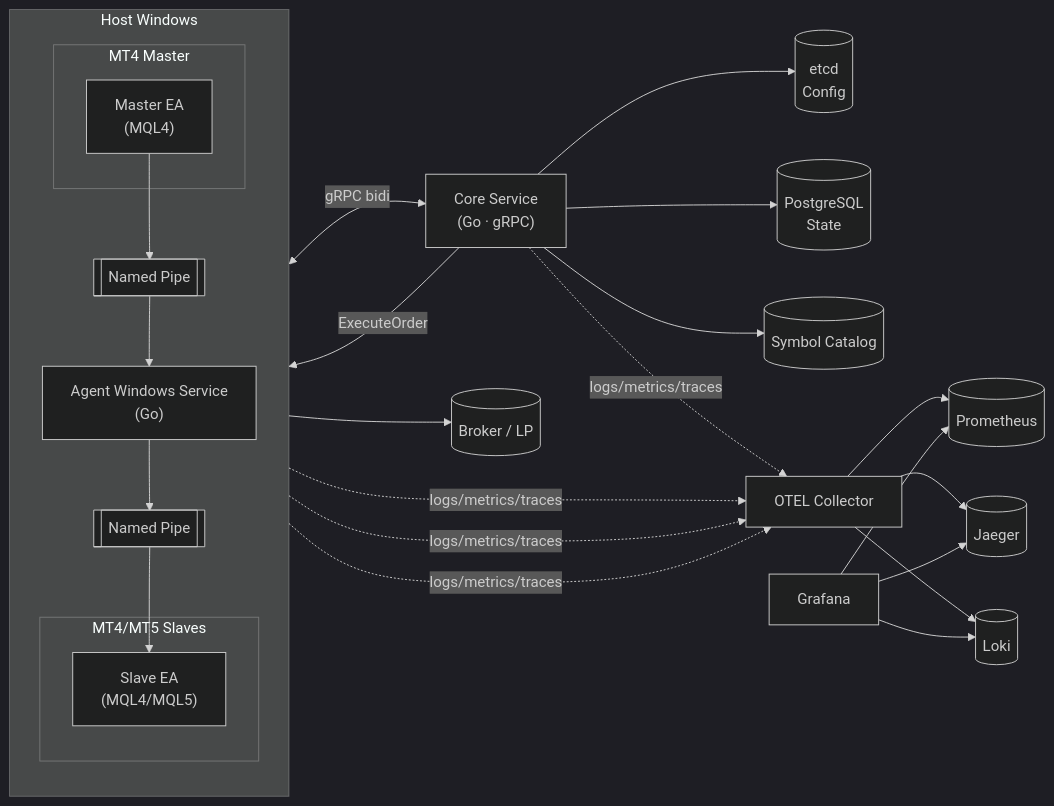
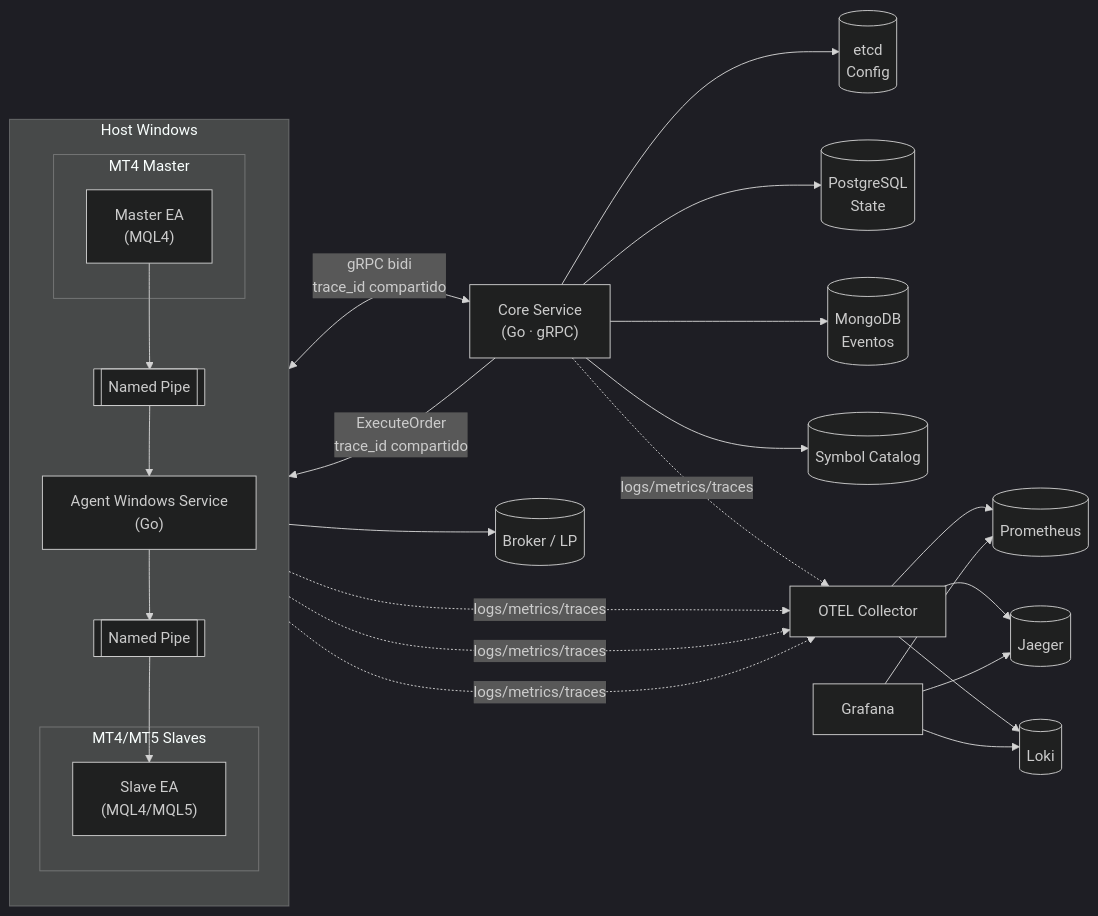
Before and after one commit to xKoRx/echo: the diagram in docs/RFC-001-architecture.md, drawn with Mermaid (dark theme). The commit also changed other lines of this file and 30 other files, not shown here.

````diff
--- a/docs/RFC-001-architecture.md
+++ b/docs/RFC-001-architecture.md
@@ -37,65 +42,67 @@
 ```mermaid
 flowchart LR
-  %% Arquitectura de Echo V1
+  %% Arquitectura Echo V1
 
   subgraph HOST_WIN[Host Windows]
     direction TB
     
     subgraph MT4_MASTER[MT4 Master]
       M_EA["Master EA<br/>(MQL4)"]
     end
 
     NP1[[Named Pipe]]
 
     AGENT["Agent Windows Service<br/>(Go)"]
 
     subgraph MT4_SLAVES[MT4/MT5 Slaves]
       S_EA["Slave EA<br/>(MQL4/MQL5)"]
     end
 
     NP2[[Named Pipe]]
   end
 
   CORE["Core Service<br/>(Go · gRPC)"]
   
   ETCD[("etcd<br/>Config")]
   PG[("PostgreSQL<br/>State")]
+  MONGO[("MongoDB<br/>Eventos")]
   
   SYM_MAP[("Symbol Catalog")]
   BROKER[("Broker / LP")]
 
   OTEL[OTEL Collector]
   PROM[(Prometheus)]
   LOKI[(Loki)]
   JAEGER[(Jaeger)]
   GRAF[Grafana]
 
   %% Flujo Master → Core → Slaves
   M_EA --> NP1
   NP1 --> AGENT
-  AGENT <-->|gRPC bidi| CORE
+  AGENT <-->|gRPC bidi<br/>trace_id compartido| CORE
   
   CORE --> SYM_MAP
   CORE --> ETCD
   CORE --> PG
+  CORE --> MONGO
 
   %% Core → Slave(s)
-  CORE -->|ExecuteOrder| AGENT
+  CORE -->|ExecuteOrder<br/>trace_id compartido| AGENT
   AGENT --> NP2
   NP2 --> S_EA
   S_EA --> BROKER
 
   %% Telemetría
   M_EA -. logs/metrics/traces .-> OTEL
   S_EA -. logs/metrics/traces .-> OTEL
   AGENT -. logs/metrics/traces .-> OTEL
   CORE  -. logs/metrics/traces .-> OTEL
 
   OTEL --> PROM
   OTEL --> JAEGER
   OTEL --> LOKI
 
   GRAF --> PROM
   GRAF --> LOKI
   GRAF --> JAEGER
 ```
````
